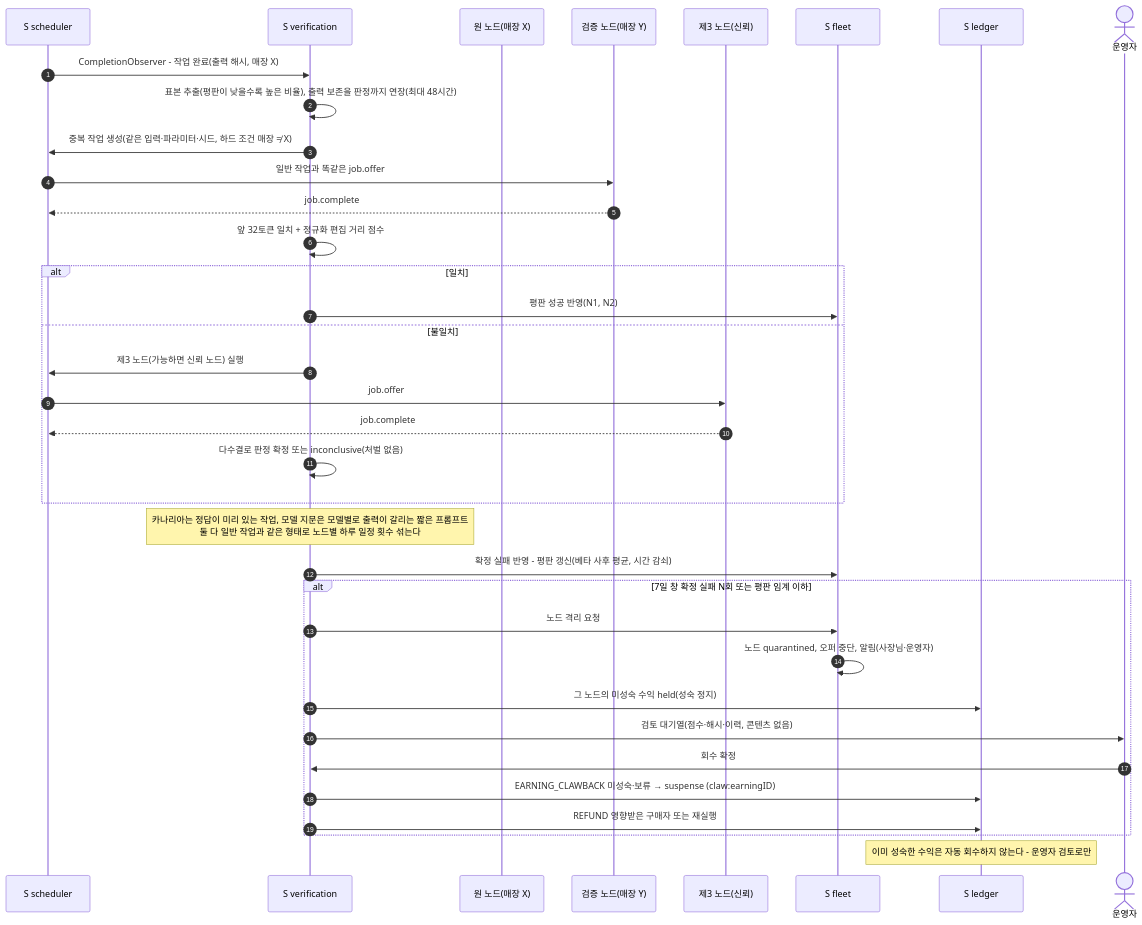
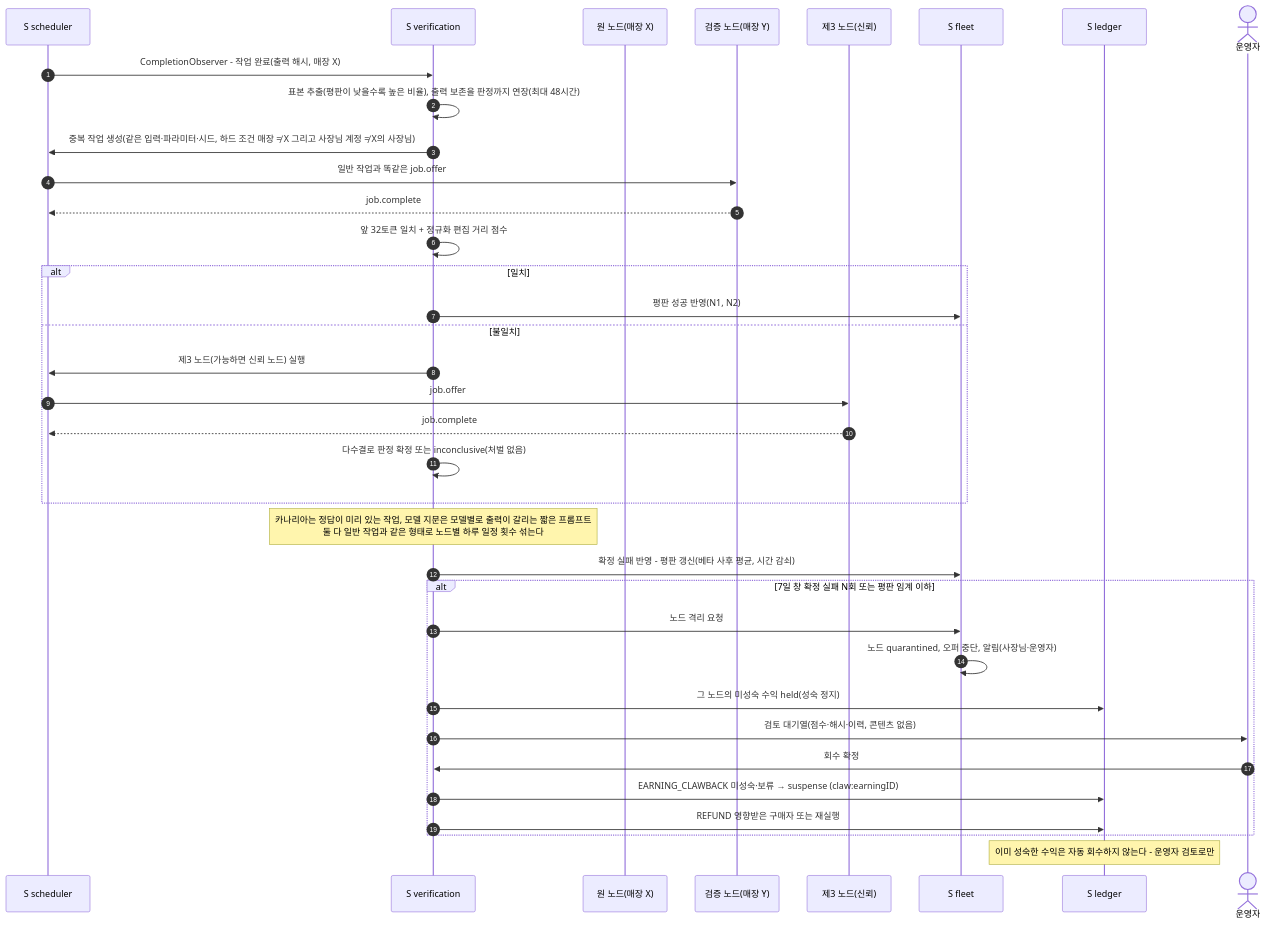
One commit to songhojin0525/spareon changed the tenth of 23 diagrams in docs/ARCHITECTURE.md. Above: the diagram before and after it, drawn with Mermaid. The commit also changed other lines of this file and 3 other files, not shown here.

First line of the commit message:
S01: add threat model and fold its findings into architecture (D13-D16, T35)

````diff
--- a/docs/ARCHITECTURE.md
+++ b/docs/ARCHITECTURE.md
@@ -450,38 +450,38 @@
 ```mermaid
 sequenceDiagram
   autonumber
   participant SC as S scheduler
   participant V as S verification
   participant N1 as 원 노드(매장 X)
   participant N2 as 검증 노드(매장 Y)
   participant N3 as 제3 노드(신뢰)
   participant F as S fleet
   participant L as S ledger
   actor OP as 운영자
   SC->>V: CompletionObserver - 작업 완료(출력 해시, 매장 X)
   V->>V: 표본 추출(평판이 낮을수록 높은 비율), 출력 보존을 판정까지 연장(최대 48시간)
-  V->>SC: 중복 작업 생성(같은 입력·파라미터·시드, 하드 조건 매장 ≠ X)
+  V->>SC: 중복 작업 생성(같은 입력·파라미터·시드, 하드 조건 매장 ≠ X 그리고 사장님 계정 ≠ X의 사장님)
   SC->>N2: 일반 작업과 똑같은 job.offer
   N2-->>SC: job.complete
   V->>V: 앞 32토큰 일치 + 정규화 편집 거리 점수
   alt 일치
     V->>F: 평판 성공 반영(N1, N2)
   else 불일치
     V->>SC: 제3 노드(가능하면 신뢰 노드) 실행
     SC->>N3: job.offer
     N3-->>SC: job.complete
     V->>V: 다수결로 판정 확정 또는 inconclusive(처벌 없음)
   end
   Note over V: 카나리아는 정답이 미리 있는 작업, 모델 지문은 모델별로 출력이 갈리는 짧은 프롬프트<br/>둘 다 일반 작업과 같은 형태로 노드별 하루 일정 횟수 섞는다
   V->>F: 확정 실패 반영 - 평판 갱신(베타 사후 평균, 시간 감쇠)
   alt 7일 창 확정 실패 N회 또는 평판 임계 이하
     V->>F: 노드 격리 요청
     F->>F: 노드 quarantined, 오퍼 중단, 알림(사장님·운영자)
     V->>L: 그 노드의 미성숙 수익 held(성숙 정지)
     V->>OP: 검토 대기열(점수·해시·이력, 콘텐츠 없음)
     OP->>V: 회수 확정
     V->>L: EARNING_CLAWBACK 미성숙·보류 → suspense (claw:earningID)
     V->>L: REFUND 영향받은 구매자 또는 재실행
   end
   Note over L: 이미 성숙한 수익은 자동 회수하지 않는다 - 운영자 검토로만
 ```
````
